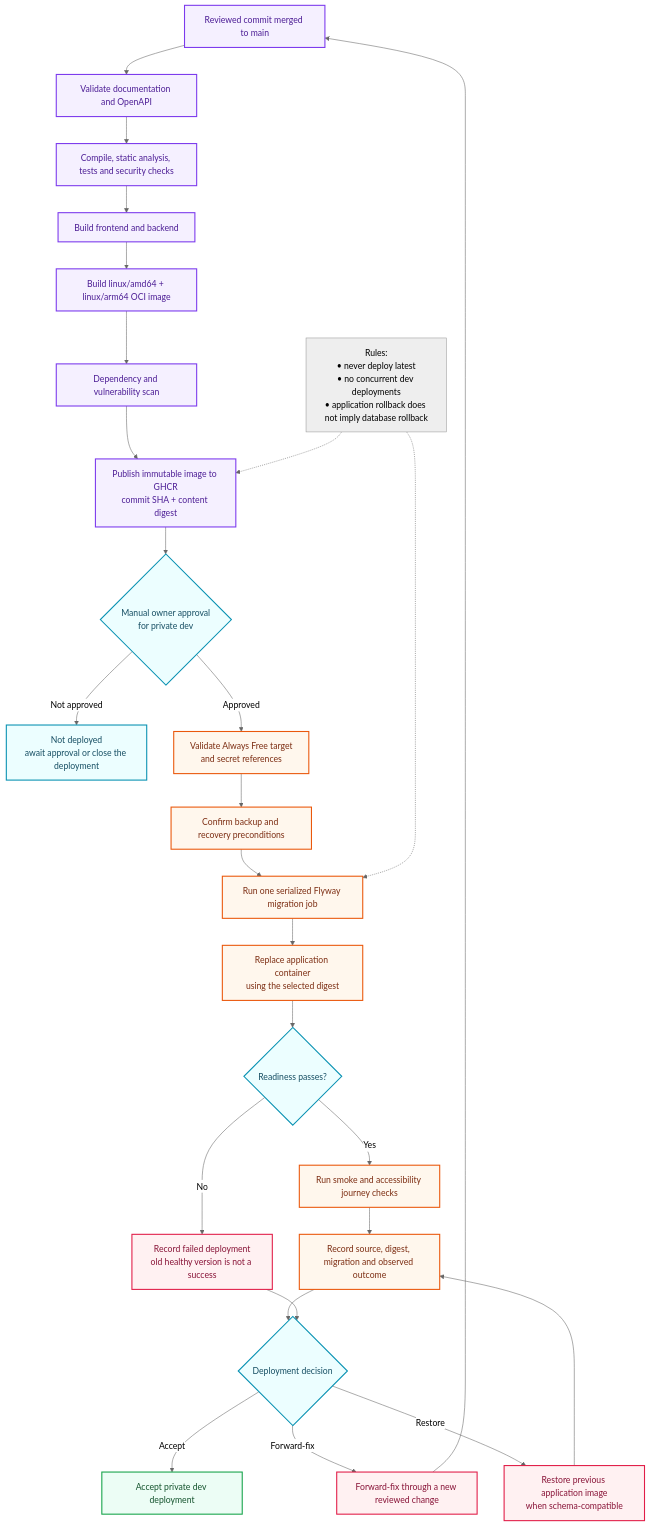
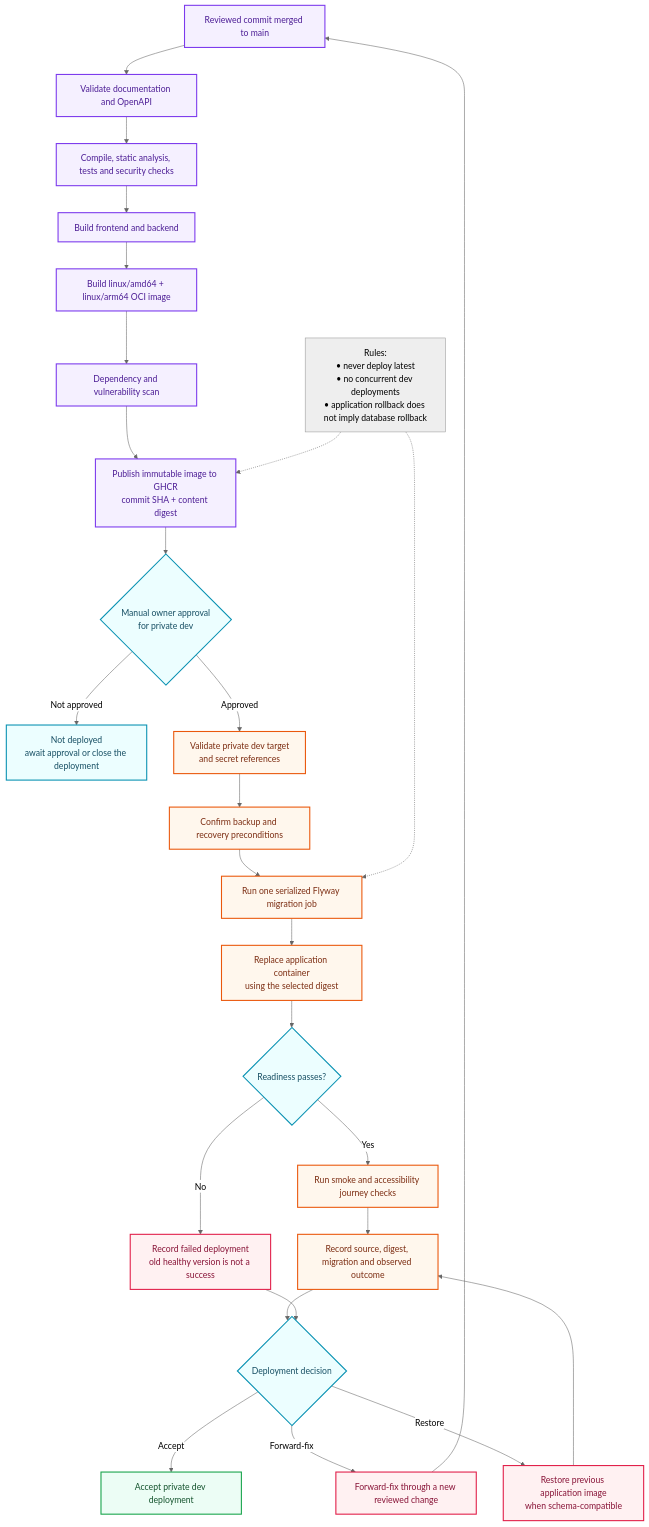
The diagram in docs/architecture/diagrams/mermaid/delivery-pipeline.mmd (rubhern/videogame-platform), drawn with Mermaid (neutral theme) before and after one commit. The commit also changed 58 other files, not shown here.

First line of the commit message:
Decommission the superseded OCI private-dev foundation (#42) (#140)

```diff
--- a/docs/architecture/diagrams/mermaid/delivery-pipeline.mmd
+++ b/docs/architecture/diagrams/mermaid/delivery-pipeline.mmd
@@ -1,48 +1,48 @@
 flowchart TD
     Commit["Reviewed commit merged to main"]
     Docs["Validate documentation and OpenAPI"]
     Checks["Compile, static analysis, tests and security checks"]
     Build["Build frontend and backend"]
     Image["Build linux/amd64 + linux/arm64 OCI image"]
     Scan["Dependency and vulnerability scan"]
     GHCR["Publish immutable image to GHCR<br/>commit SHA + content digest"]
     Approval{"Manual owner approval<br/>for private dev"}
     NotDeployed["Not deployed<br/>await approval or close the deployment"]
-    Target["Validate Always Free target<br/>and secret references"]
+    Target["Validate private dev target<br/>and secret references"]
     Recovery["Confirm backup and recovery preconditions"]
     Migration["Run one serialized Flyway migration job"]
     Replace["Replace application container<br/>using the selected digest"]
     Ready{"Readiness passes?"}
     Smoke["Run smoke and accessibility journey checks"]
     Record["Record source, digest, migration and observed outcome"]
     Decision{"Deployment decision"}
     Accept["Accept private dev deployment"]
     ForwardFix["Forward-fix through a new reviewed change"]
     Restore["Restore previous application image<br/>when schema-compatible"]
     Failed["Record failed deployment<br/>old healthy version is not a success"]
 
     Commit --> Docs --> Checks --> Build --> Image --> Scan --> GHCR --> Approval
     Approval -->|Approved| Target --> Recovery --> Migration --> Replace --> Ready
     Approval -->|Not approved| NotDeployed
 
     Ready -->|Yes| Smoke --> Record --> Decision
     Ready -->|No| Failed --> Decision
 
     Decision -->|Accept| Accept
     Decision -->|Forward-fix| ForwardFix --> Commit
     Decision -->|Restore| Restore --> Record
 
     Note["Rules:<br/>• never deploy latest<br/>• no concurrent dev deployments<br/>• application rollback does not imply database rollback"]
     Note -.-> Migration
     Note -.-> GHCR
 
     classDef ci fill:#f5f0ff,stroke:#7c3aed,stroke-width:2px,color:#4c1d95
     classDef deploy fill:#fff7ed,stroke:#ea580c,stroke-width:2px,color:#7c2d12
     classDef decision fill:#ecfeff,stroke:#0891b2,stroke-width:2px,color:#164e63
     classDef success fill:#ecfdf5,stroke:#16a34a,stroke-width:2px,color:#14532d
     classDef failure fill:#fff1f2,stroke:#e11d48,stroke-width:2px,color:#881337
     class Commit,Docs,Checks,Build,Image,Scan,GHCR ci
     class Target,Recovery,Migration,Replace,Smoke,Record deploy
     class Approval,NotDeployed,Ready,Decision decision
     class Accept success
     class Failed,ForwardFix,Restore failure
```
